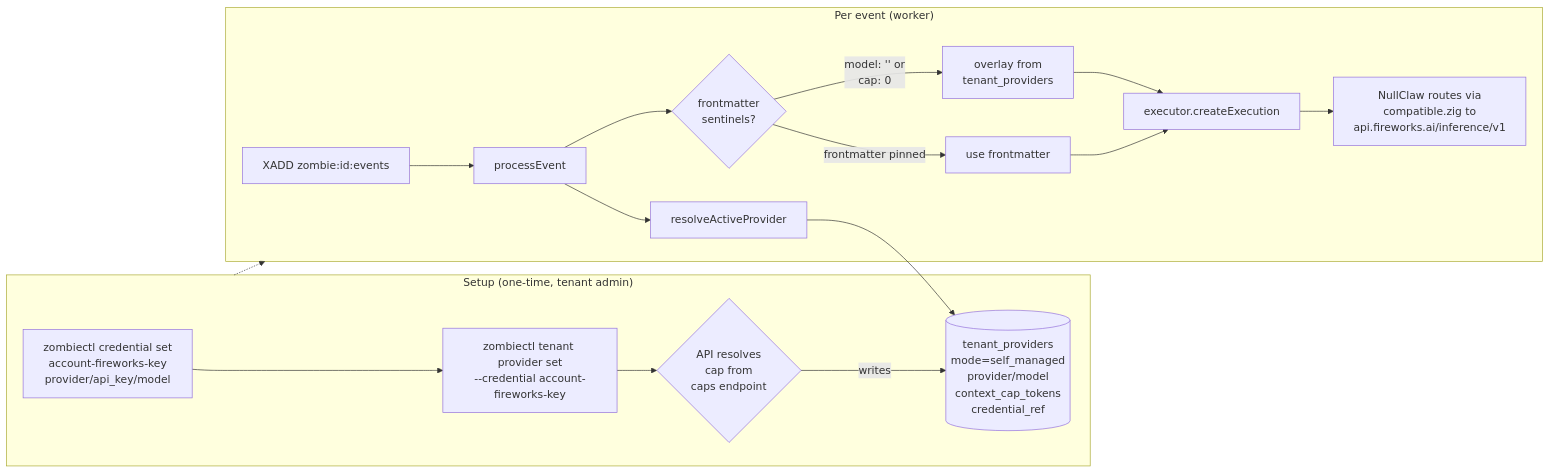
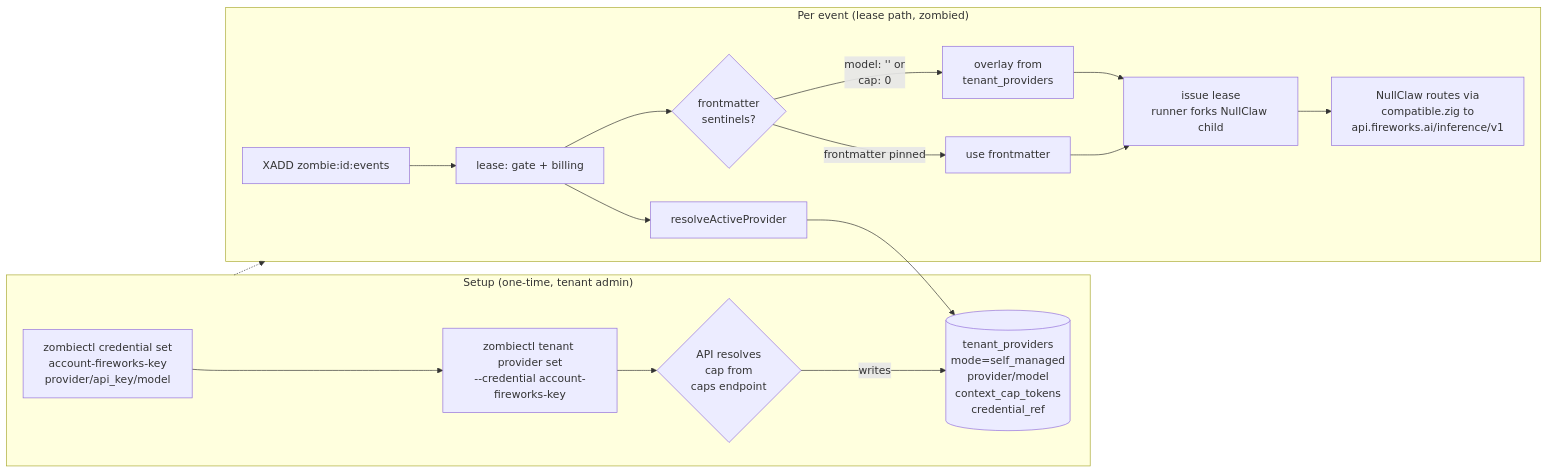
The diagram in docs/architecture/scenarios/02_self_managed.md (usezombie/usezombie), drawn with Mermaid before and after one commit. The commit also changed other lines of this file and 24 other files, not shown here.

````diff
--- a/docs/architecture/scenarios/02_self_managed.md
+++ b/docs/architecture/scenarios/02_self_managed.md
@@ -23,20 +23,20 @@
 ```mermaid
 flowchart LR
     subgraph Setup["Setup (one-time, tenant admin)"]
         A[zombiectl credential set<br/>account-fireworks-key<br/>provider/api_key/model] --> B[zombiectl tenant provider set<br/>--credential account-fireworks-key]
         B --> C{API resolves<br/>cap from<br/>caps endpoint}
         C -->|writes| D[(tenant_providers<br/>mode=self_managed<br/>provider/model<br/>context_cap_tokens<br/>credential_ref)]
     end
-    subgraph Trigger["Per event (worker)"]
-        E[XADD zombie:id:events] --> F[processEvent]
+    subgraph Trigger["Per event (lease path, zombied)"]
+        E[XADD zombie:id:events] --> F[lease: gate + billing]
         F --> G[resolveActiveProvider]
         G --> D
         F --> H{frontmatter<br/>sentinels?}
         H -->|model: '' or<br/>cap: 0| I[overlay from<br/>tenant_providers]
         H -->|frontmatter pinned| J[use frontmatter]
-        I --> K[executor.createExecution]
+        I --> K[issue lease<br/>runner forks NullClaw child]
         J --> K
         K --> L[NullClaw routes via<br/>compatible.zig to<br/>api.fireworks.ai/inference/v1]
     end
     Setup -.-> Trigger
 ```
````
